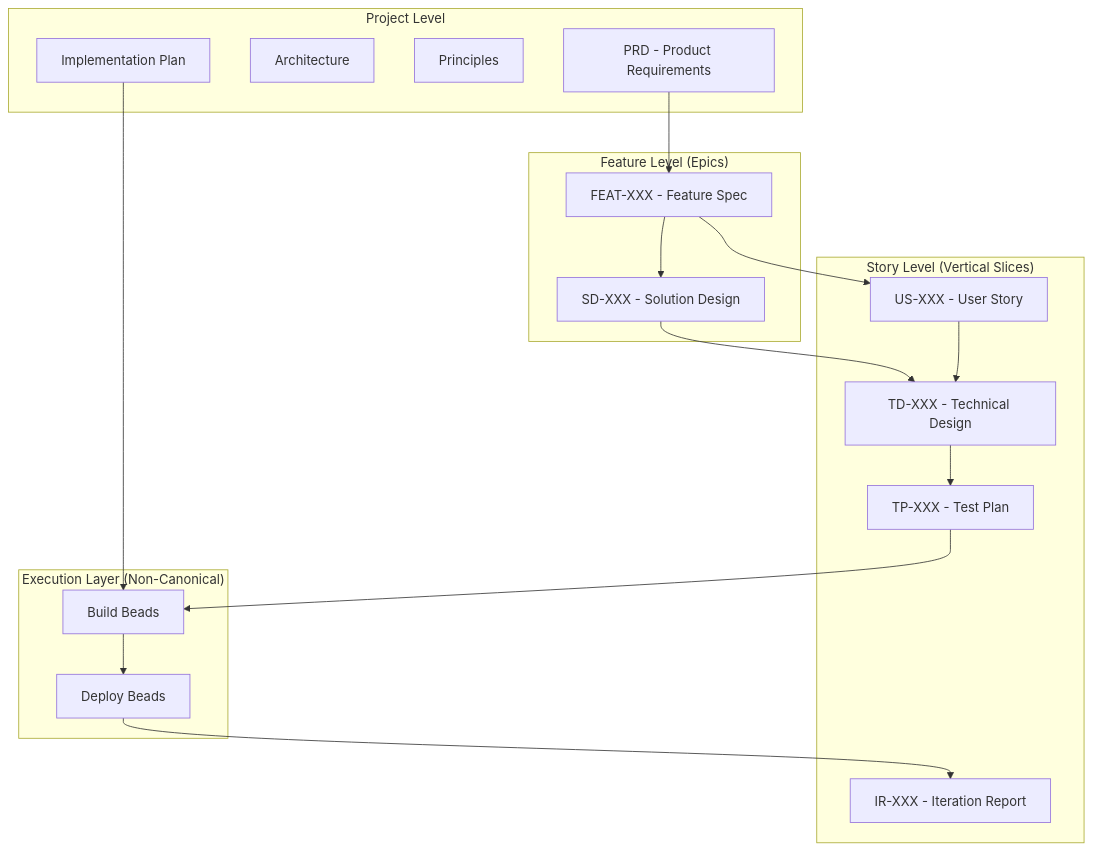
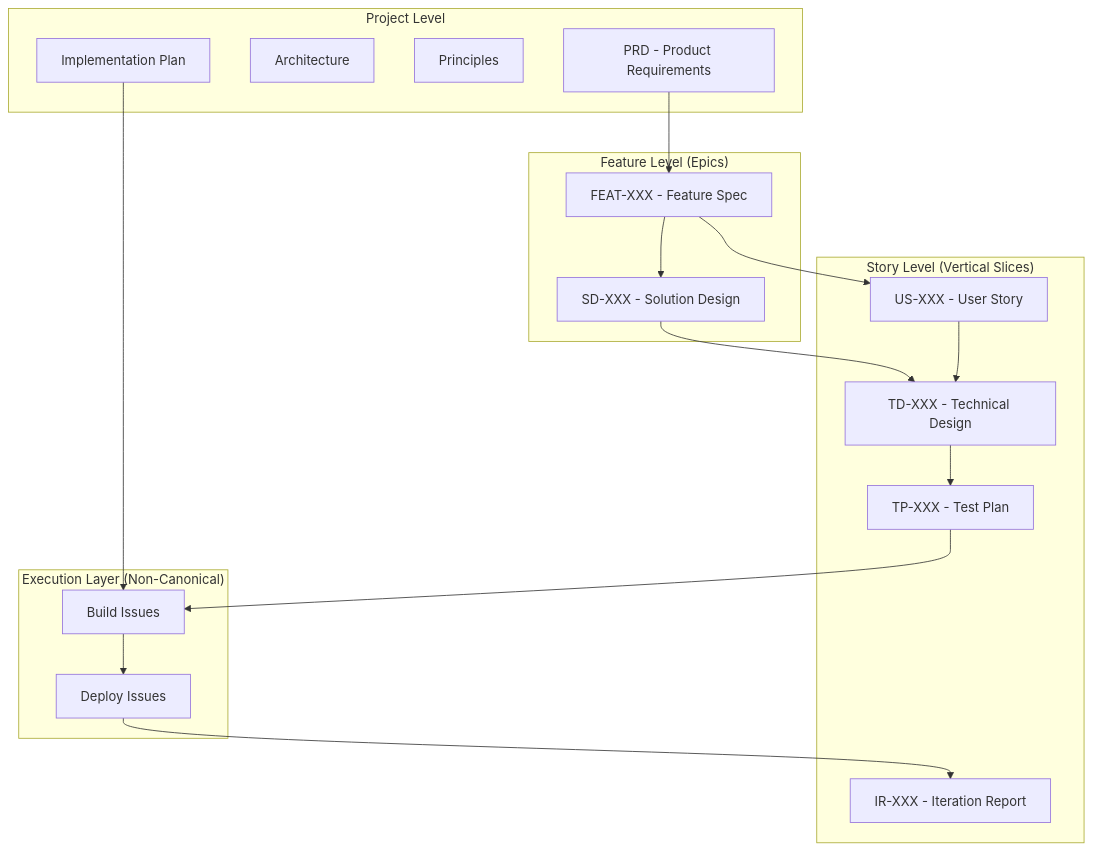
Before and after one commit to easel/helix: the diagram in workflows/artifact-hierarchy.md, drawn with Mermaid. The commit also changed other lines of this file and 45 other files, not shown here.

````diff
--- a/workflows/artifact-hierarchy.md
+++ b/workflows/artifact-hierarchy.md
@@ -59,34 +59,34 @@
 ```mermaid
 graph TD
     subgraph "Project Level"
         PRD[PRD - Product Requirements]
         ARCH[Architecture]
         PRINCIPLES[Principles]
         IMP[Implementation Plan]
     end
 
     subgraph "Feature Level (Epics)"
         FEAT[FEAT-XXX - Feature Spec]
         SD[SD-XXX - Solution Design]
     end
 
     subgraph "Story Level (Vertical Slices)"
         US[US-XXX - User Story]
         TD[TD-XXX - Technical Design]
         TP[TP-XXX - Test Plan]
         IR[IR-XXX - Iteration Report]
     end
 
     subgraph "Execution Layer (Non-Canonical)"
-        BB[Build Beads]
-        DB[Deploy Beads]
+        BB[Build Issues]
+        DB[Deploy Issues]
     end
 
     PRD --> FEAT
     FEAT --> US
     FEAT --> SD
     SD --> TD
     US --> TD --> TP
     IMP --> BB
     TP --> BB --> DB --> IR
 ```
````
